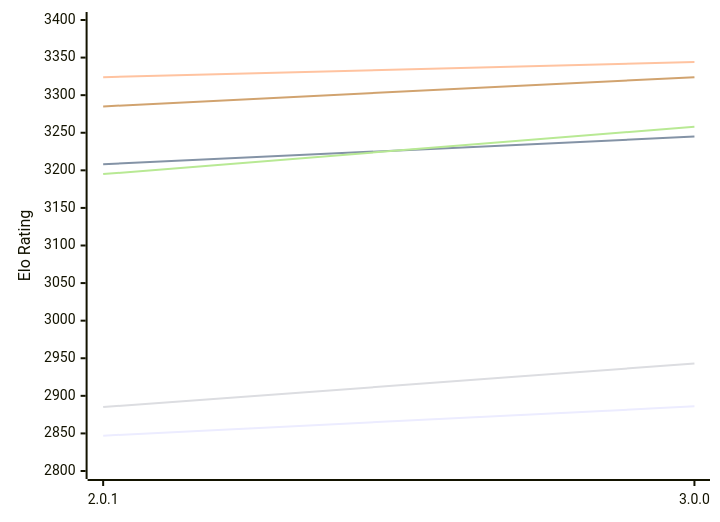
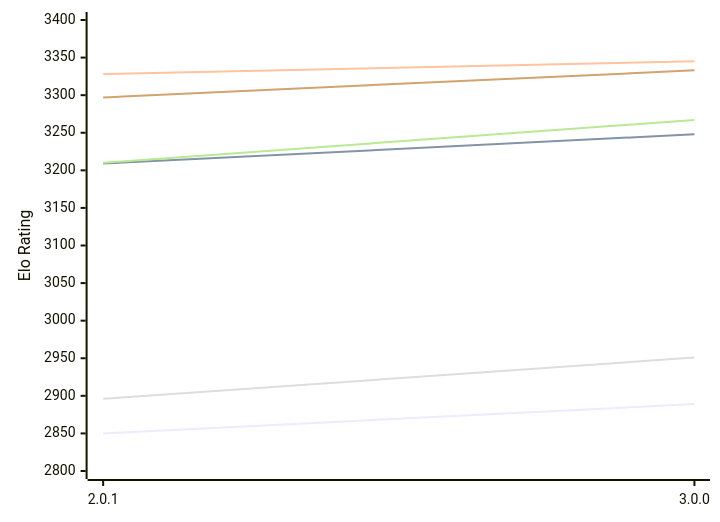
One commit to computer-chess-index/cci changed the first of 2 diagrams in engines/Grail.md. Above: the diagram before and after it, drawn with Mermaid. The commit also changed other lines of this file, not shown here.

Commit message:
Update CCI Ratings (ELO VLTC) - 2026-11-25

````diff
--- a/engines/Grail.md
+++ b/engines/Grail.md
@@ -56,12 +56,12 @@
 ```mermaid
 %%{init: {"theme":"base","themeVariables":{"seriesColors:['#a3a3a3','#222221','#faa371']}}}%%
 xychart-beta
   x-axis ["2.0.1", "3.0.0"]
   y-axis "Elo Rating" 2800 --> 3400
-  line "E1: STC (8.0+0.08s)" [2847, 2886]
-  line "E1: LTC (60.0+0.60s)" [3208, 3245]
-  line "E1: VLTC (2m24s+1.12s)" [3324, 3344]
-  line "P1: STC (8.0+0.08s)" [2885, 2943]
-  line "P1: LTC (60.0+0.60s)" [3195, 3258]
-  line "P1: VLTC (2m24s+1.12s)" [3285, 3324]
+  line "E1: STC (8.0+0.08s)" [2850, 2889]
+  line "E1: LTC (60.0+0.60s)" [3209, 3248]
+  line "E1: VLTC (2m24s+1.12s)" [3328, 3345]
+  line "P1: STC (8.0+0.08s)" [2896, 2951]
+  line "P1: LTC (60.0+0.60s)" [3210, 3267]
+  line "P1: VLTC (2m24s+1.12s)" [3297, 3333]
 ```
````
